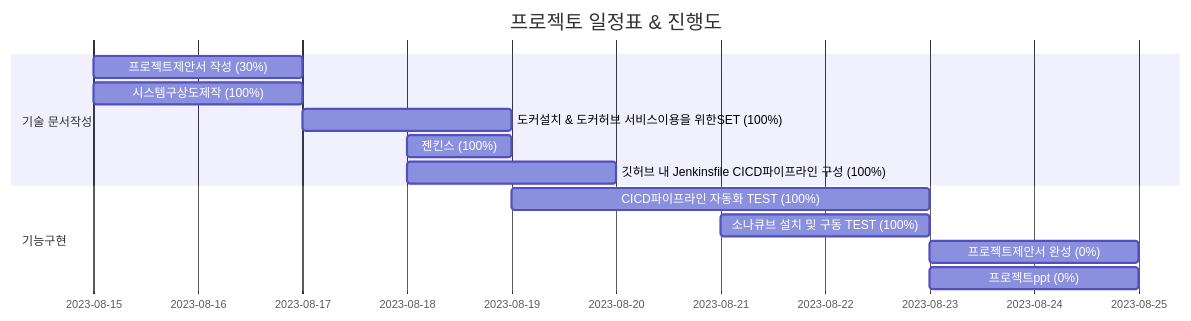
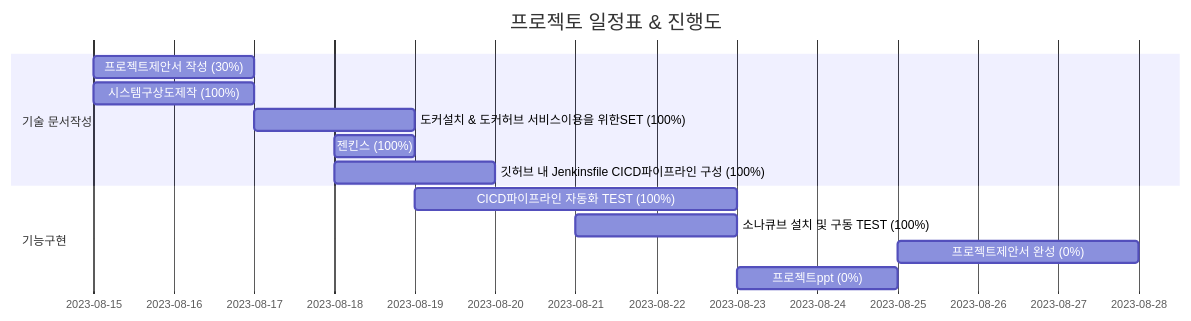
The diagram in README.md (SEOMW/project), drawn with Mermaid before and after one commit.

````diff
--- a/README.md
+++ b/README.md
@@ -4,17 +4,17 @@
 ```mermaid
 gantt
     title 프로젝토 일정표 & 진행도
     dateFormat  YYYY-MM-DD
     section 기술 문서작성
     프로젝트제안서 작성 (30%) : a1, 2023-8-15, 2d
     시스템구상도제작 (100%) : 2023-8-15, 2d
     도커설치 & 도커허브 서비스이용을 위한SET (100%) : 2023-8-17, 2d
     젠킨스 (100%) : 2023-8-18, 1d
     깃허브 내 Jenkinsfile CICD파이프라인 구성 (100%) : 2023-8-18, 2d
 
     section 기능구현
     CICD파이프라인 자동화 TEST (100%) : 2023-8-19,  4d
     소나큐브 설치 및 구동 TEST (100%) : 2023-8-21, 2d
-    프로젝트제안서 완성 (0%) : a1, 2023-8-23, 2d
+    프로젝트제안서 완성 (0%) : a1, 2023-8-25, 3d
     프로젝트ppt (0%) : a1, 2023-8-23, 2d
 ```
````
